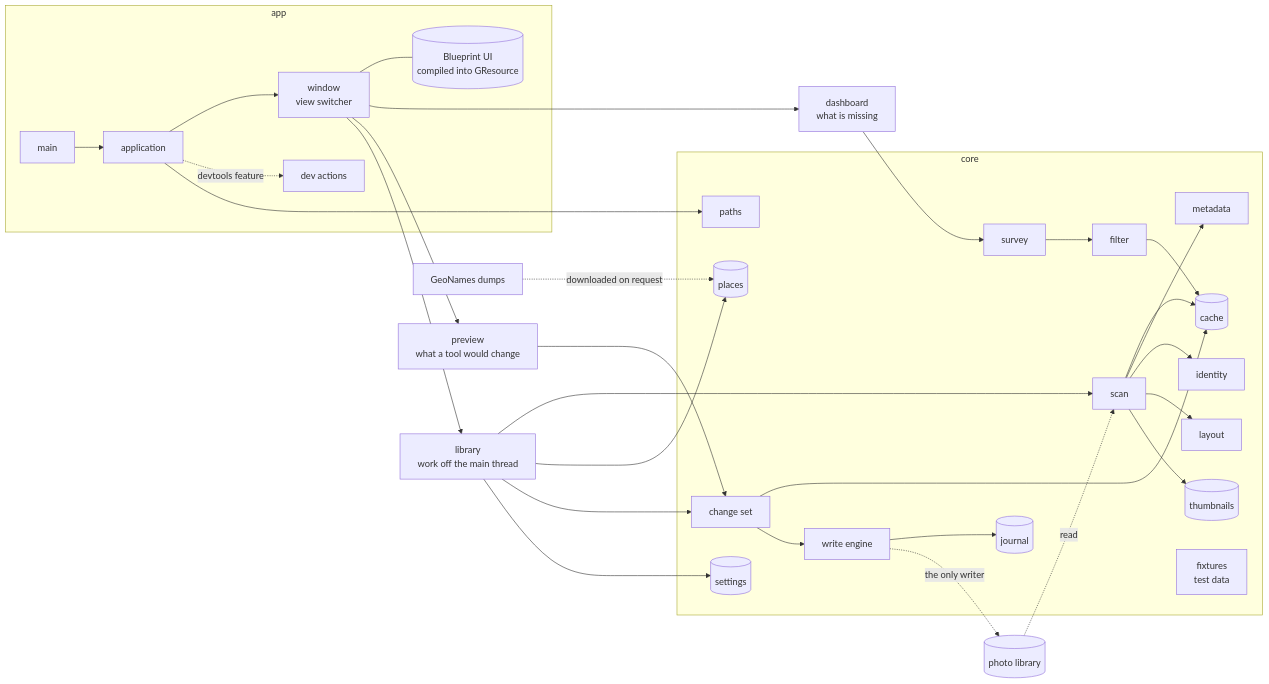
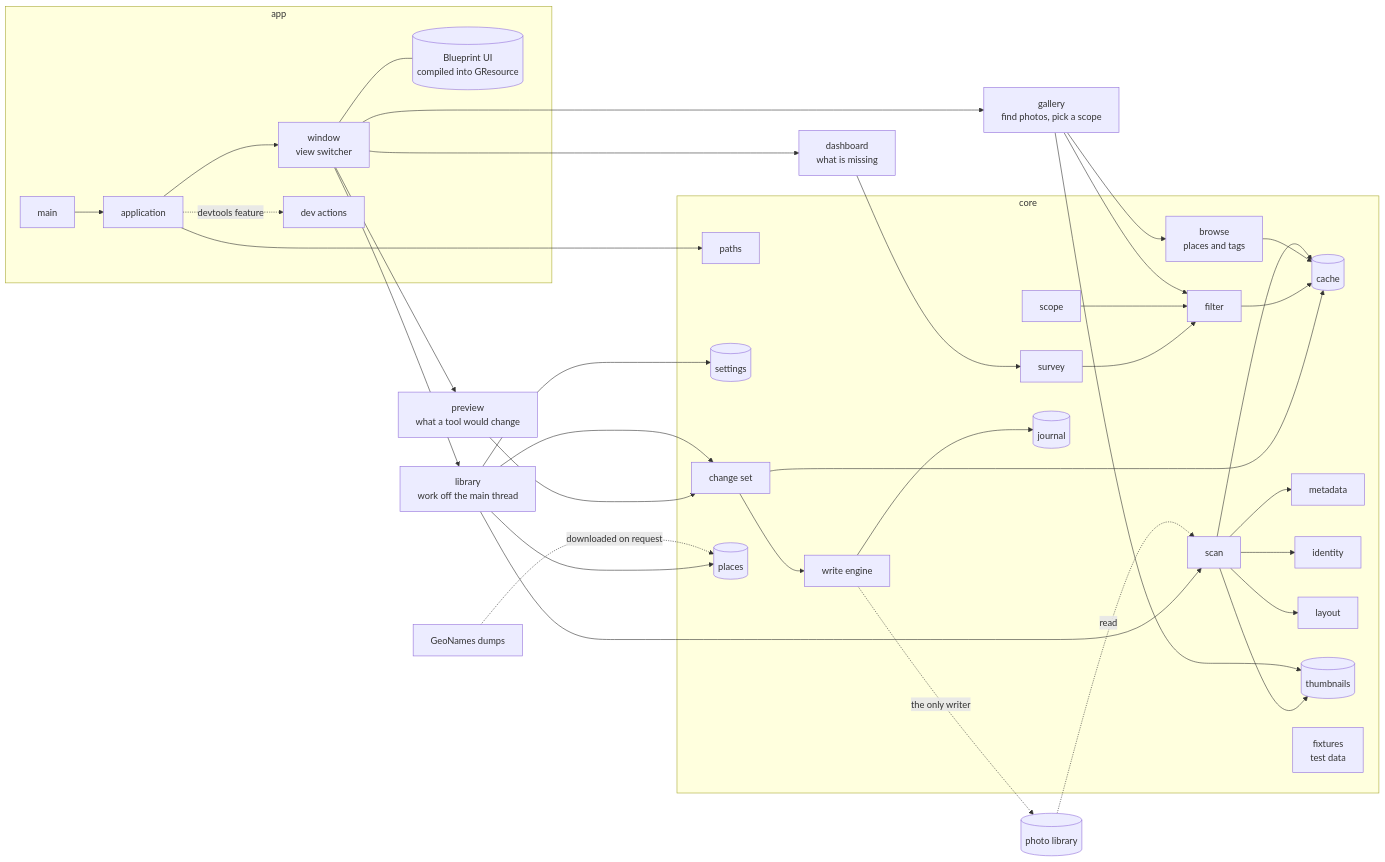
Before and after one commit to xuedi/photoManager: the diagram in docs/overview.md, drawn with Mermaid. The commit also changed other lines of this file and 4 other files, not shown here.

````diff
--- a/docs/overview.md
+++ b/docs/overview.md
@@ -5,37 +5,43 @@
 ```mermaid
 flowchart LR
     subgraph app [app]
         main[main] --> application
         application --> window[window<br/>view switcher]
         application -. devtools feature .-> devtools[dev actions]
         window --- blueprint[(Blueprint UI<br/>compiled into GResource)]
     end
     subgraph core [core]
         paths
         settings[(settings)]
         changeset[change set] --> cache
         survey --> filter --> cache
+        browse[browse<br/>places and tags] --> cache
+        scope --> filter
         changeset --> write
         scan --> cache[(cache)]
         scan --> metadata
         scan --> identity
         scan --> layout
         scan --> thumbs[(thumbnails)]
         geo[(places)]
         write[write engine] --> journal[(journal)]
         fixtures[fixtures<br/>test data]
     end
     application --> paths
     window --> dashboard[dashboard<br/>what is missing]
     dashboard --> survey
+    window --> gallery[gallery<br/>find photos, pick a scope]
+    gallery --> filter
+    gallery --> browse
+    gallery --> thumbs
     window --> preview[preview<br/>what a tool would change]
     window --> library[library<br/>work off the main thread]
     preview --> changeset
     library --> scan
     library --> geo
     library --> changeset
     library --> settings
     photos[(photo library)] -. read .-> scan
     write -. the only writer .-> photos
     geonames[GeoNames dumps] -. downloaded on request .-> geo
 ```
````
